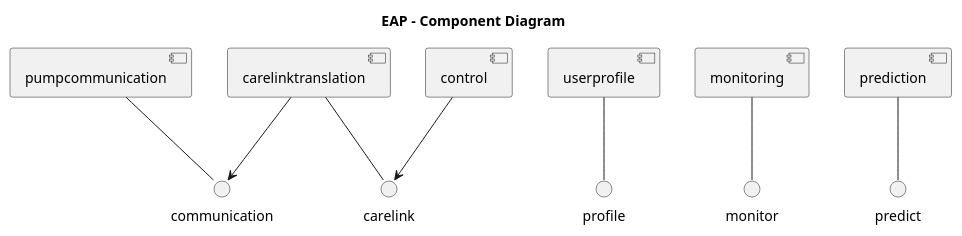
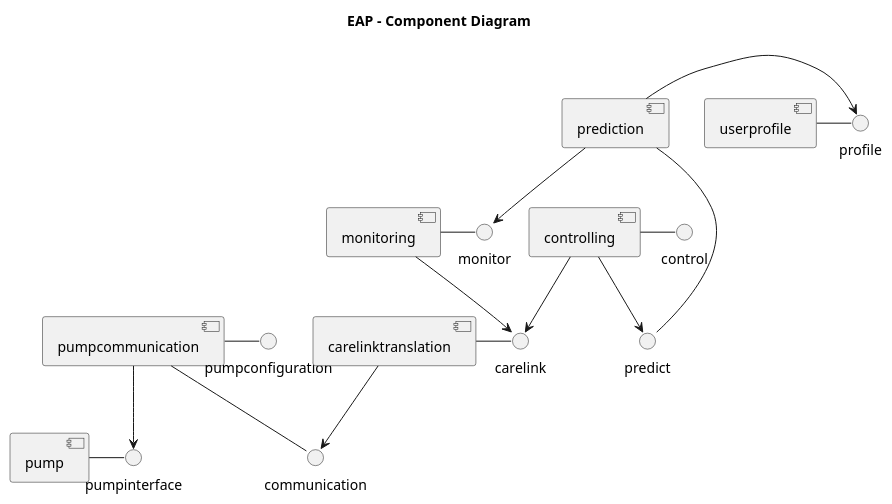
The diagram in doc/component-diagram.puml (Nightscou2018/EAP), drawn with PlantUML before and after one commit.

Commit message:
design: initial component diagram

```diff
--- a/doc/component-diagram.puml
+++ b/doc/component-diagram.puml
@@ -1,14 +1,24 @@
 @startuml
 
 title EAP - Component Diagram
 
+[pump] - pumpinterface 
 [pumpcommunication] -- communication
-[carelinktranslation] -- carelink
-[userprofile] -- profile
-[monitoring] -- monitor
-[prediction] -- predict
+[pumpcommunication] - pumpconfiguration
+[carelinktranslation] - carelink
+[userprofile] - profile
+[monitoring] - monitor
+[prediction] - predict
+[controlling] - control
 
+[pumpcommunication] --> pumpinterface
 [carelinktranslation] --> communication
-[control] --> carelink
+[monitoring] --> carelink
+[prediction] --> monitor
+[controlling] --> predict
+[controlling] --> carelink
+[prediction] -> profile
+
+
 
 @enduml
```
